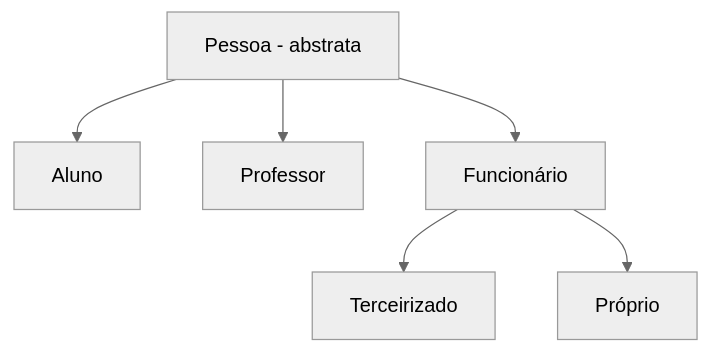
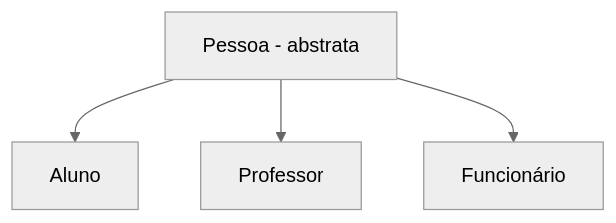
The diagram in 4sem/POO/2019-04-08.md (mrother/fatec), drawn with Mermaid (neutral theme) before and after one commit. The commit also changed other lines of this file, not shown here.

Commit message:
4sem/POO/2019-04-08.md updated from https://stackedit.io/

````diff
--- a/4sem/POO/2019-04-08.md
+++ b/4sem/POO/2019-04-08.md
@@ -16,9 +16,7 @@
 ```mermaid
 graph TD
     A[Pessoa - abstrata]
     A-->B[Aluno]
     A-->C[Professor]
     A-->D[Funcionário]
-    D-->E[Terceirizado]
-    D-->F[Próprio]
 ```
````
